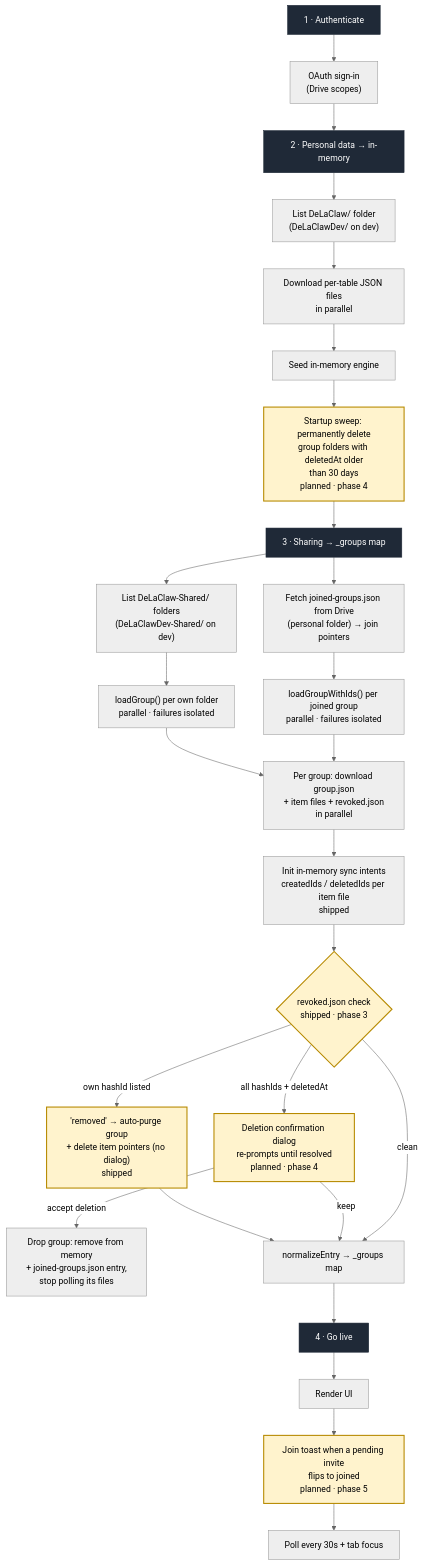
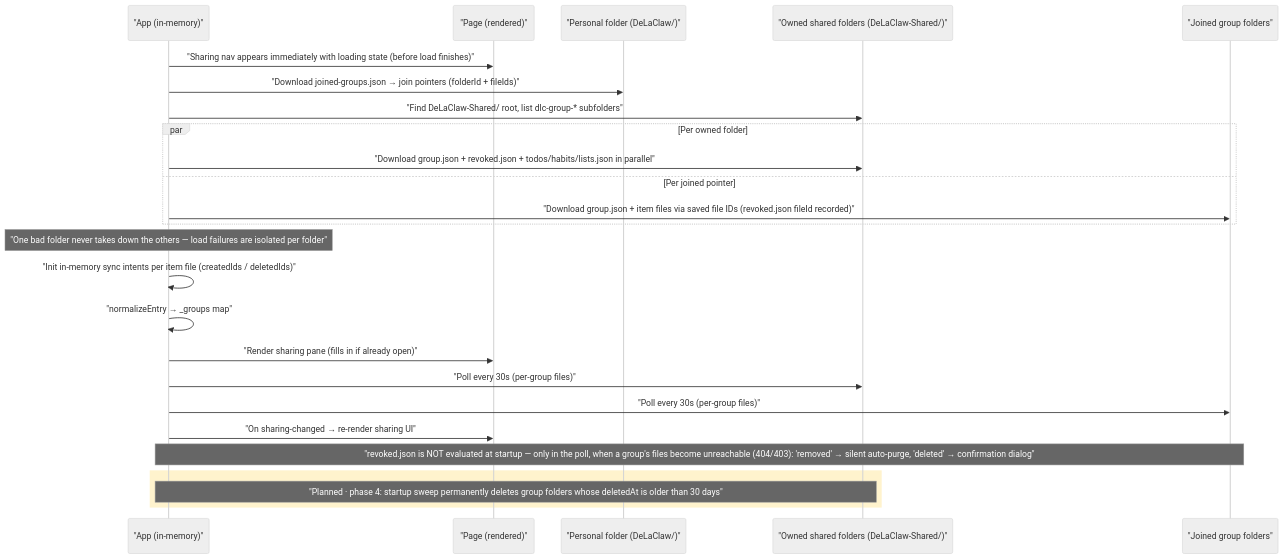
Before and after one commit to AntGro/DeLaClaw: the third of 7 diagrams in docs-site/sync-architecture.md, drawn with Mermaid (neutral theme). The commit also changed other lines of this file and 6 other files, not shown here.

First line of the commit message:
docs(sync): column-based startup flow with Page render timing

````diff
--- a/docs-site/sync-architecture.md
+++ b/docs-site/sync-architecture.md
@@ -42,42 +85,33 @@
 ```mermaid
-flowchart TD
-    H1["1 · Authenticate"]
-    OAUTH["OAuth sign-in<br/>(Drive scopes)"]
-    H2["2 · Personal data → in-memory"]
-    LISTP["List DeLaClaw/ folder<br/>(DeLaClawDev/ on dev)"]
-    DLP["Download per-table JSON files<br/>in parallel"]
-    SEED["Seed in-memory engine"]
-    SWEEP["Startup sweep: permanently delete<br/>group folders with deletedAt older<br/>than 30 days<br/>planned · phase 4"]
-    H3["3 · Sharing → _groups map"]
-    JG["Fetch joined-groups.json from Drive<br/>(personal folder) → join pointers"]
-    LISTG["List DeLaClaw-Shared/ folders<br/>(DeLaClawDev-Shared/ on dev)"]
-    OWNG["loadGroup() per own folder<br/>parallel · failures isolated"]
-    JOING["loadGroupWithIds() per joined group<br/>parallel · failures isolated"]
-    FILES["Per group: download group.json<br/>+ item files + revoked.json<br/>in parallel"]
-    INTENT["Init in-memory sync intents<br/>createdIds / deletedIds per item file<br/>shipped"]
-    REVOKE{"revoked.json check<br/>shipped · phase 3"}
-    REMOVED["'removed' → auto-purge group<br/>+ delete item pointers (no dialog)<br/>shipped"]
-    DELETED["Deletion confirmation dialog<br/>re-prompts until resolved<br/>planned · phase 4"]
-    PURGE["Drop group: remove from memory<br/>+ joined-groups.json entry,<br/>stop polling its files"]
-    NORM["normalizeEntry → _groups map"]
-    H4["4 · Go live"]
-    RENDER["Render UI"]
-    TOAST["Join toast when a pending invite<br/>flips to joined<br/>planned · phase 5"]
-    POLL["Poll every 30s + tab focus"]
+sequenceDiagram
+    participant App as "App (in-memory)"
+    participant Page as "Page (rendered)"
+    participant PF as "Personal folder (DeLaClaw/)"
+    participant OWN as "Owned shared folders (DeLaClaw-Shared/)"
+    participant JOIN as "Joined group folders"
 
-    H1 --> OAUTH --> H2 --> LISTP --> DLP --> SEED --> SWEEP --> H3
-    H3 --> LISTG --> OWNG --> FILES
-    H3 --> JG --> JOING --> FILES
-    FILES --> INTENT --> REVOKE
-    REVOKE -->|"own hashId listed"| REMOVED --> NORM
-    REVOKE -->|"all hashIds + deletedAt"| DELETED
-    DELETED -->|"keep"| NORM
-    DELETED -->|"accept deletion"| PURGE
-    REVOKE -->|"clean"| NORM
-    NORM --> H4 --> RENDER --> TOAST --> POLL
+    App->>Page: "Sharing nav appears immediately with loading state (before load finishes)"
+    App->>PF: "Download joined-groups.json → join pointers (folderId + fileIds)"
+    App->>OWN: "Find DeLaClaw-Shared/ root, list dlc-group-* subfolders"
 
-    classDef section fill:#1f2937,stroke:#1f2937,color:#fff
-    classDef planned fill:#fff3cd,stroke:#b78a00,stroke-width:2px
-    class H1,H2,H3,H4 section
-    class SWEEP,REVOKE,REMOVED,DELETED,TOAST planned
+    par Per owned folder
+        App->>OWN: "Download group.json + revoked.json + todos/habits/lists.json in parallel"
+    and Per joined pointer
+        App->>JOIN: "Download group.json + item files via saved file IDs (revoked.json fileId recorded)"
+    end
+
+    Note over App: "One bad folder never takes down the others — load failures are isolated per folder"
+
+    App->>App: "Init in-memory sync intents per item file (createdIds / deletedIds)"
+    App->>App: "normalizeEntry → _groups map"
+    App->>Page: "Render sharing pane (fills in if already open)"
+    App->>OWN: "Poll every 30s (per-group files)"
+    App->>JOIN: "Poll every 30s (per-group files)"
+    App->>Page: "On sharing-changed → re-render sharing UI"
+
+    Note over App,JOIN: "revoked.json is NOT evaluated at startup — only in the poll, when a group's files become unreachable (404/403): 'removed' → silent auto-purge, 'deleted' → confirmation dialog"
+
+    rect rgb(255, 243, 205)
+    Note over App,OWN: "Planned · phase 4: startup sweep permanently deletes group folders whose deletedAt is older than 30 days"
+    end
 ```
````
